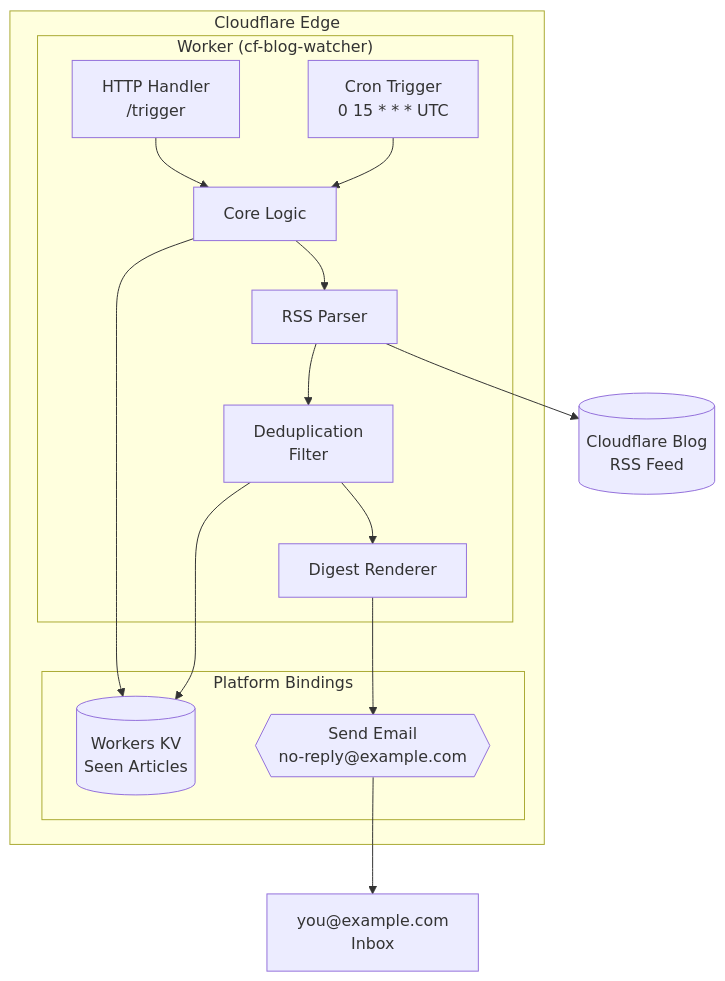
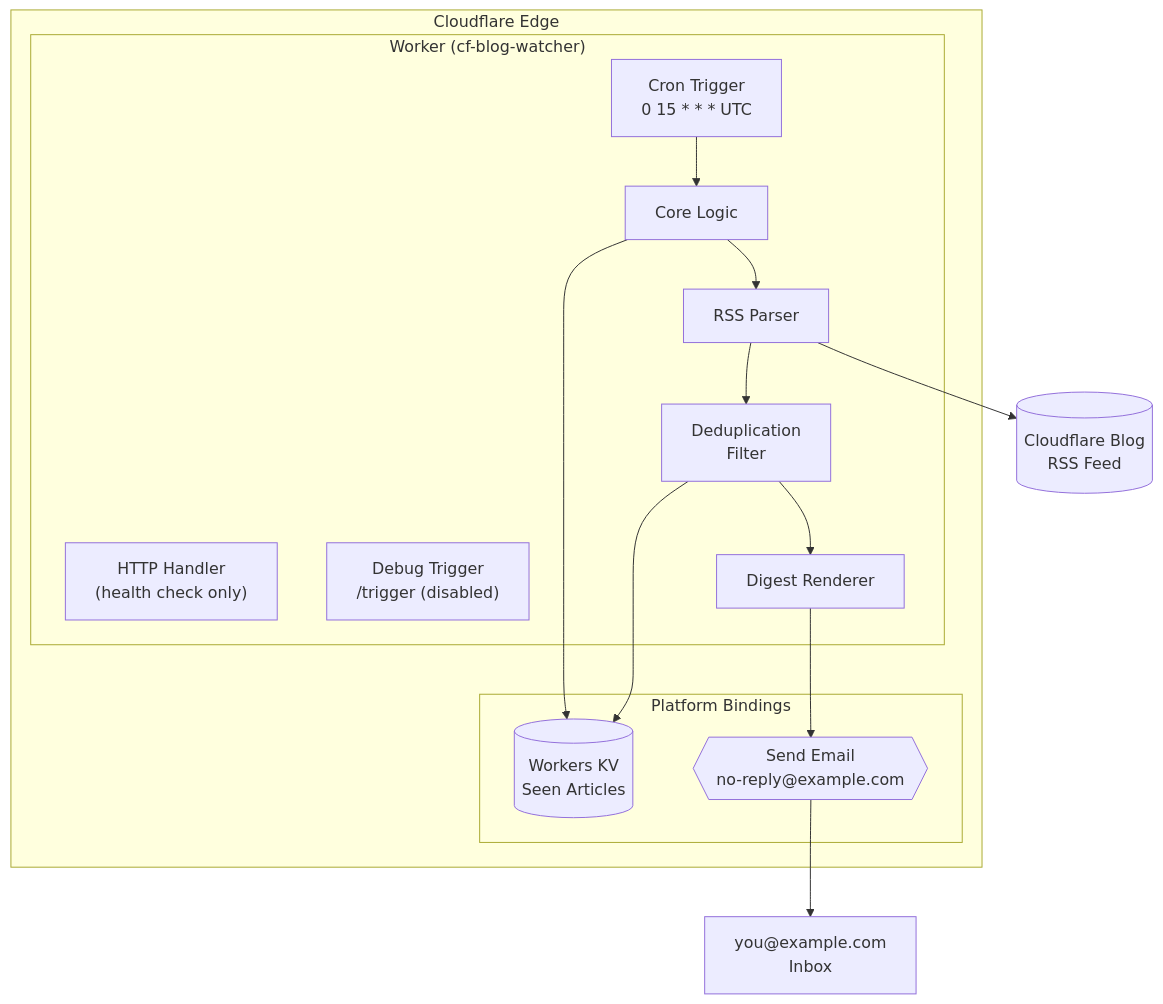
One commit to cheapredwine/cf-blog-watcher changed the diagram in README.md. Above: the diagram before and after it, drawn with Mermaid. The commit also changed other lines of this file and 3 other files, not shown here.

````diff
--- a/README.md
+++ b/README.md
@@ -7,32 +7,32 @@
 ```mermaid
 flowchart TB
     subgraph Cloudflare["Cloudflare Edge"]
         subgraph Worker["Worker (cf-blog-watcher)"]
             Cron["Cron Trigger\n0 15 * * * UTC"]
-            HTTP["HTTP Handler\n/trigger"]
+            HTTP["HTTP Handler\n(health check only)"]
+            Trigger["Debug Trigger\n/trigger (disabled)"]
             Core["Core Logic"]
             Parser["RSS Parser"]
             Dedup["Deduplication\nFilter"]
             Digest["Digest Renderer"]
         end
 
         subgraph Bindings["Platform Bindings"]
             KV[("Workers KV\nSeen Articles")]
             Email{{"Send Email\nno-reply@example.com"}}
         end
     end
 
     Feed[("Cloudflare Blog\nRSS Feed")]
     Inbox["you@example.com\nInbox"]
 
     Cron --> Core
-    HTTP --> Core
     Core --> Parser
     Parser --> Feed
     Parser --> Dedup
     Dedup --> KV
     Dedup --> Digest
     Digest --> Email
     Email --> Inbox
     Core --> KV
 ```
````
